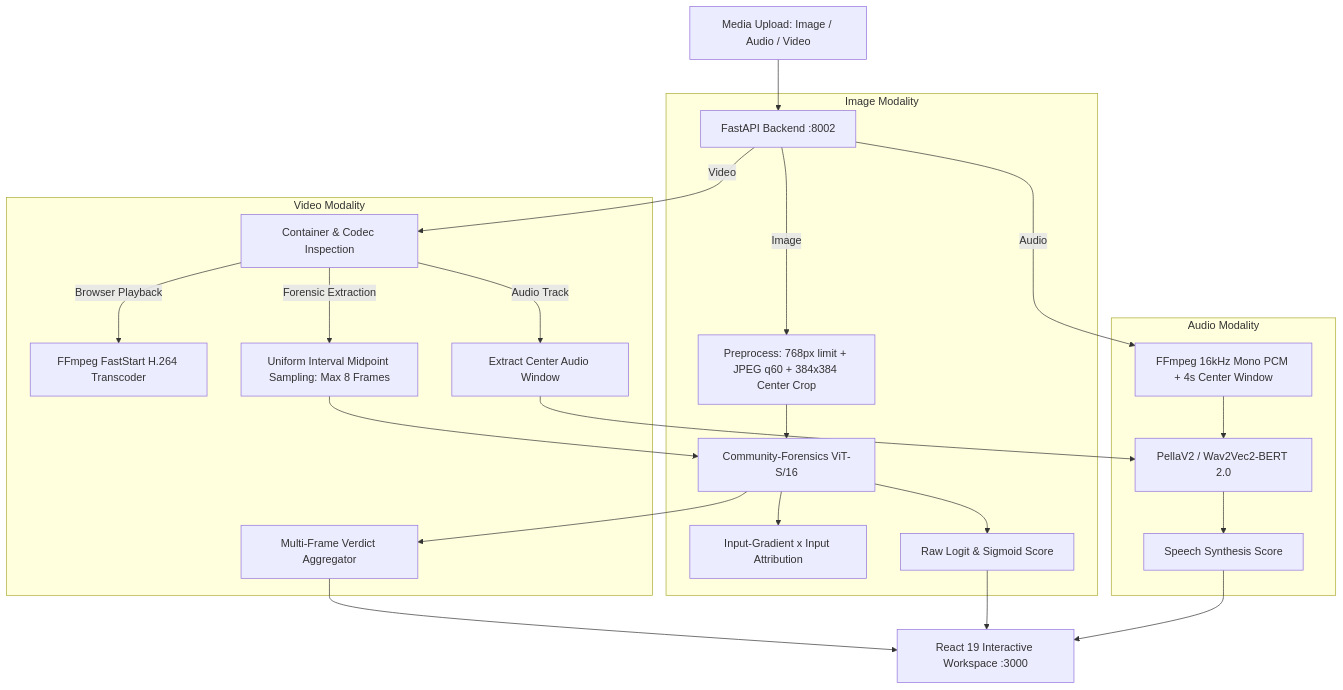
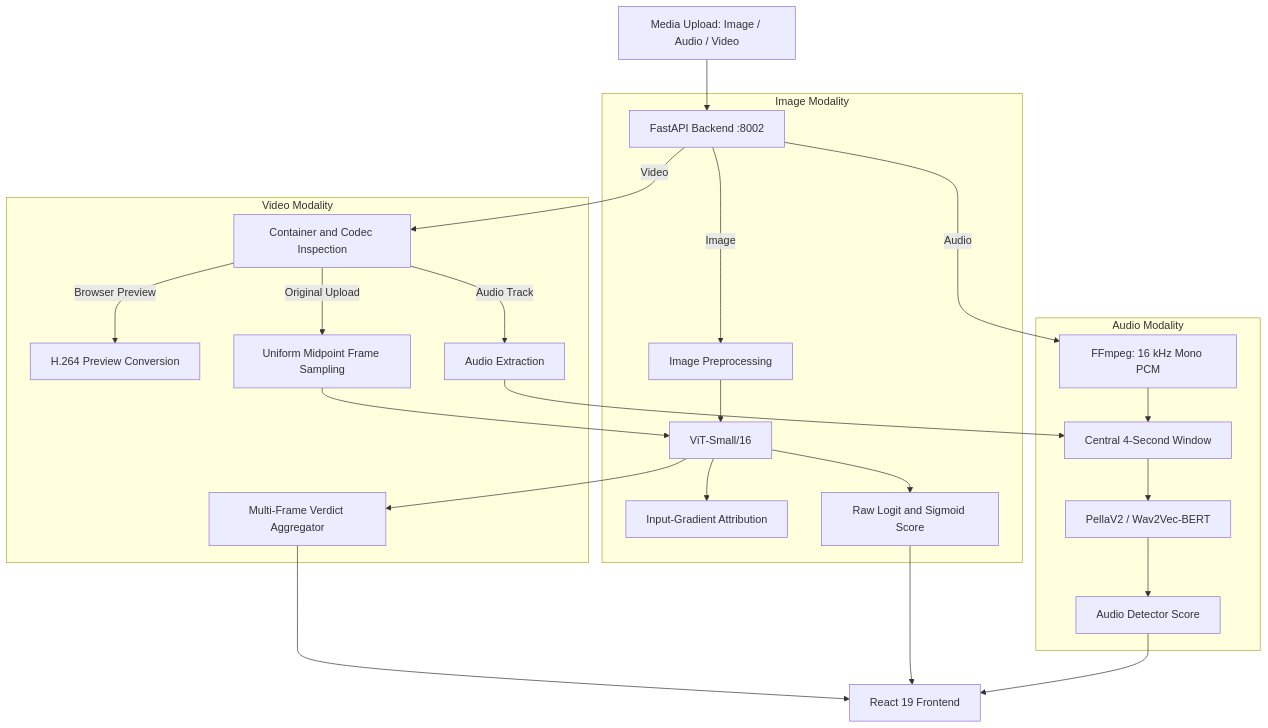
Before and after one commit to adoraeden/Truthlens: the diagram in README.md, drawn with Mermaid. The commit also changed other lines of this file, not shown here.

````diff
--- a/README.md
+++ b/README.md
@@ -31,31 +44,32 @@
 ```mermaid
 flowchart TD
-    UserUpload[Media Upload: Image / Audio / Video] --> Gateway[FastAPI Backend :8002]
+    A[Media Upload: Image / Audio / Video] --> B[FastAPI Backend :8002]
 
-    subgraph "Image Modality"
-        Gateway -->|Image| ImgPre[Preprocess: 768px limit + JPEG q60 + 384x384 Center Crop]
-        ImgPre --> ViT[Community-Forensics ViT-S/16]
-        ViT --> GradCam[Input-Gradient x Input Attribution]
-        ViT --> ImgLogit[Raw Logit & Sigmoid Score]
+    subgraph Image_Modality["Image Modality"]
+        B -->|Image| C[Image Preprocessing]
+        C --> D[ViT-Small/16]
+        D --> E[Input-Gradient Attribution]
+        D --> F[Raw Logit and Sigmoid Score]
     end
 
-    subgraph "Audio Modality"
-        Gateway -->|Audio| AudPre[FFmpeg 16kHz Mono PCM + 4s Center Window]
-        AudPre --> Pella[PellaV2 / Wav2Vec2-BERT 2.0]
-        Pella --> AudScore[Speech Synthesis Score]
+    subgraph Audio_Modality["Audio Modality"]
+        B -->|Audio| G[FFmpeg: 16 kHz Mono PCM]
+        G --> H[Central 4-Second Window]
+        H --> I[PellaV2 / Wav2Vec-BERT]
+        I --> J[Audio Detector Score]
     end
 
-    subgraph "Video Modality"
-        Gateway -->|Video| VidCheck[Container & Codec Inspection]
-        VidCheck -->|Browser Playback| HEVC[FFmpeg FastStart H.264 Transcoder]
-        VidCheck -->|Forensic Extraction| FrameExtract[Uniform Interval Midpoint Sampling: Max 8 Frames]
-        VidCheck -->|Audio Track| VidAud[Extract Center Audio Window]
-        FrameExtract --> ViT
-        VidAud --> Pella
-        ViT --> Aggregator[Multi-Frame Verdict Aggregator]
+    subgraph Video_Modality["Video Modality"]
+        B -->|Video| K[Container and Codec Inspection]
+        K -->|Browser Preview| L[H.264 Preview Conversion]
+        K -->|Original Upload| M[Uniform Midpoint Frame Sampling]
+        K -->|Audio Track| N[Audio Extraction]
+        M --> D
+        N --> H
+        D --> O[Multi-Frame Verdict Aggregator]
     end
 
-    Aggregator --> Frontend[React 19 Interactive Workspace :3000]
-    ImgLogit --> Frontend
-    AudScore --> Frontend
+    O --> P[React 19 Frontend]
+    F --> P
+    J --> P
 ```
````
